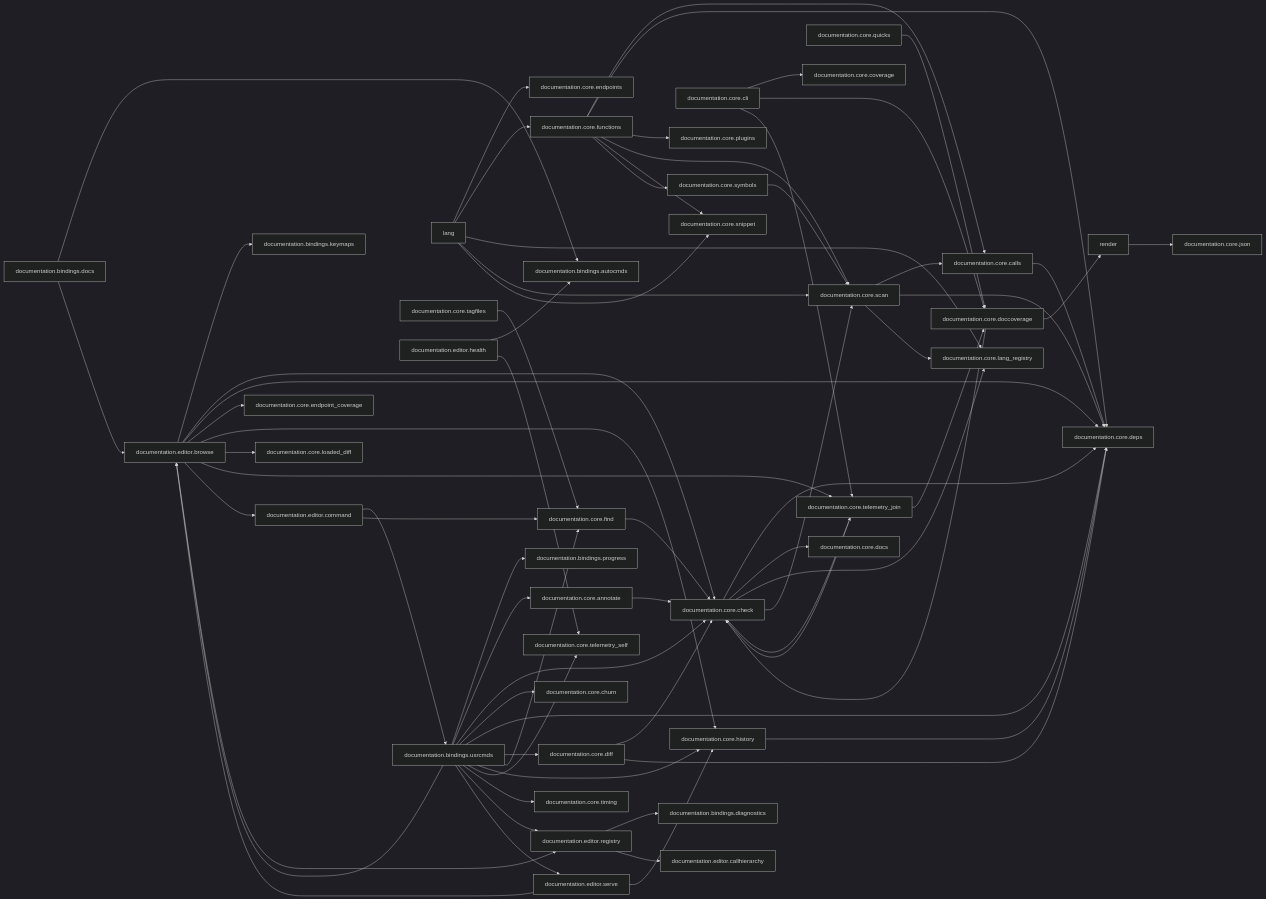
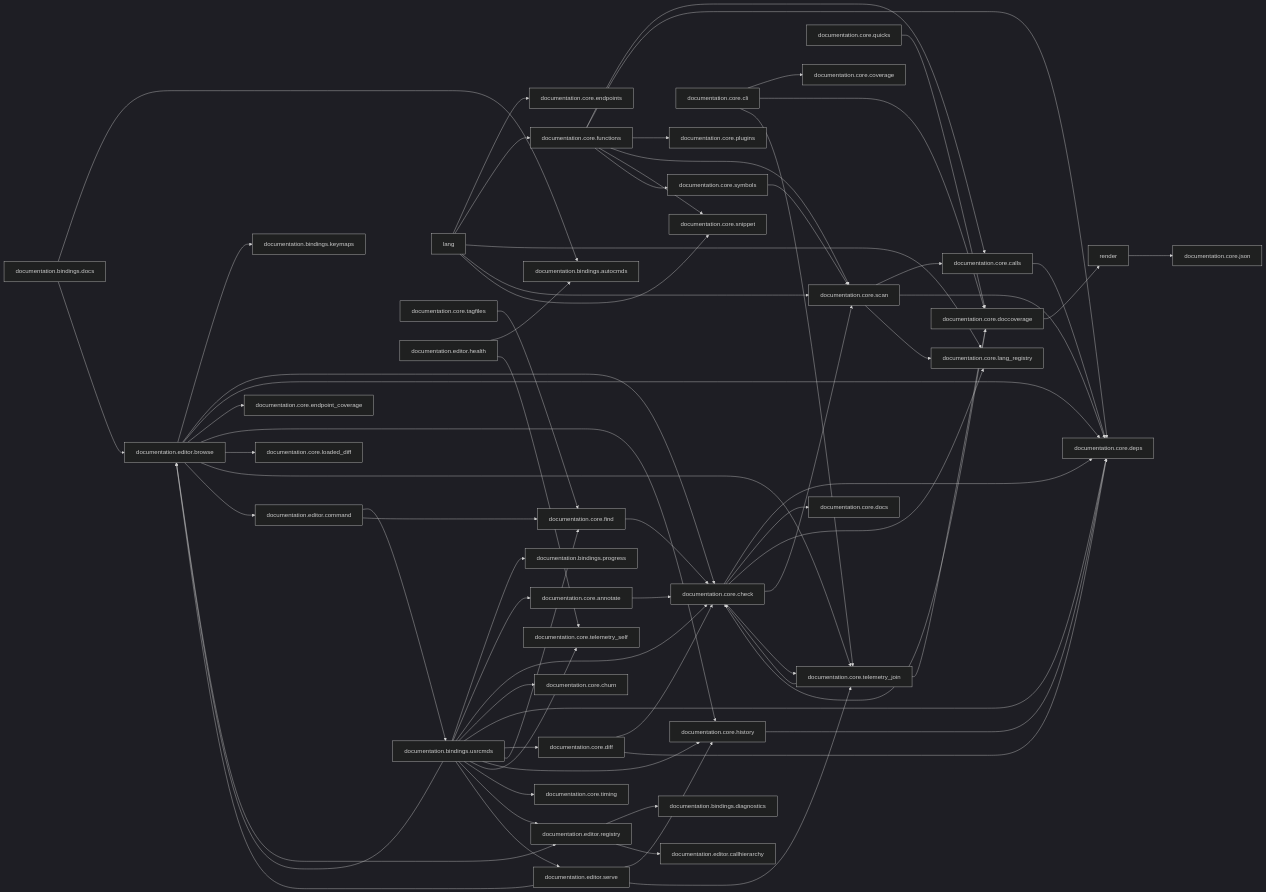
One commit to StefanBartl/documentation.nvim changed the second of 2 diagrams in docs/map/overview.md. Above: the diagram before and after it, drawn with Mermaid (dark theme). The commit also changed 9 other files, not shown here.

````diff
--- a/docs/map/overview.md
+++ b/docs/map/overview.md
@@ -149,5 +149,6 @@
   nlua_documentation_editor_registry_lua --> nlua_documentation_bindings_diagnostics_lua
   nlua_documentation_editor_registry_lua --> nlua_documentation_editor_callhierarchy_lua
   nlua_documentation_editor_serve_lua --> nlua_documentation_core_history_lua
+  nlua_documentation_editor_serve_lua --> nlua_documentation_core_telemetry_join_lua
   nlua_documentation_editor_serve_lua --> nlua_documentation_editor_browse
 ```
````
